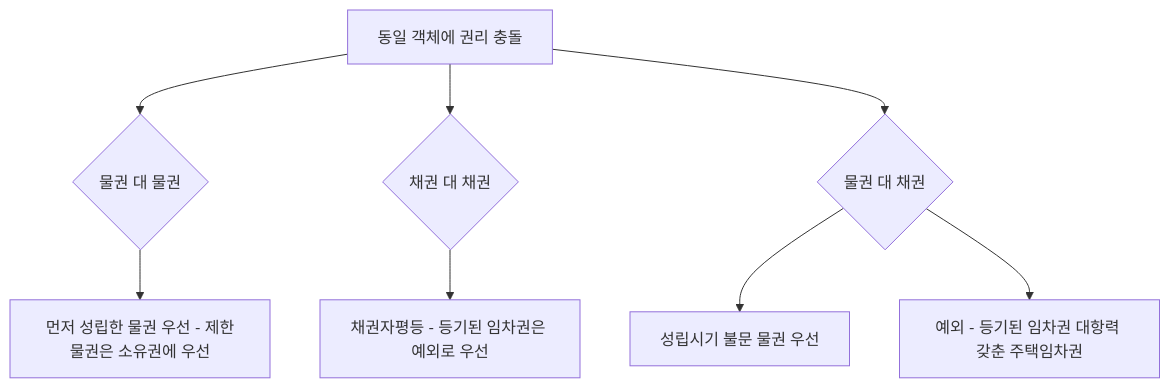
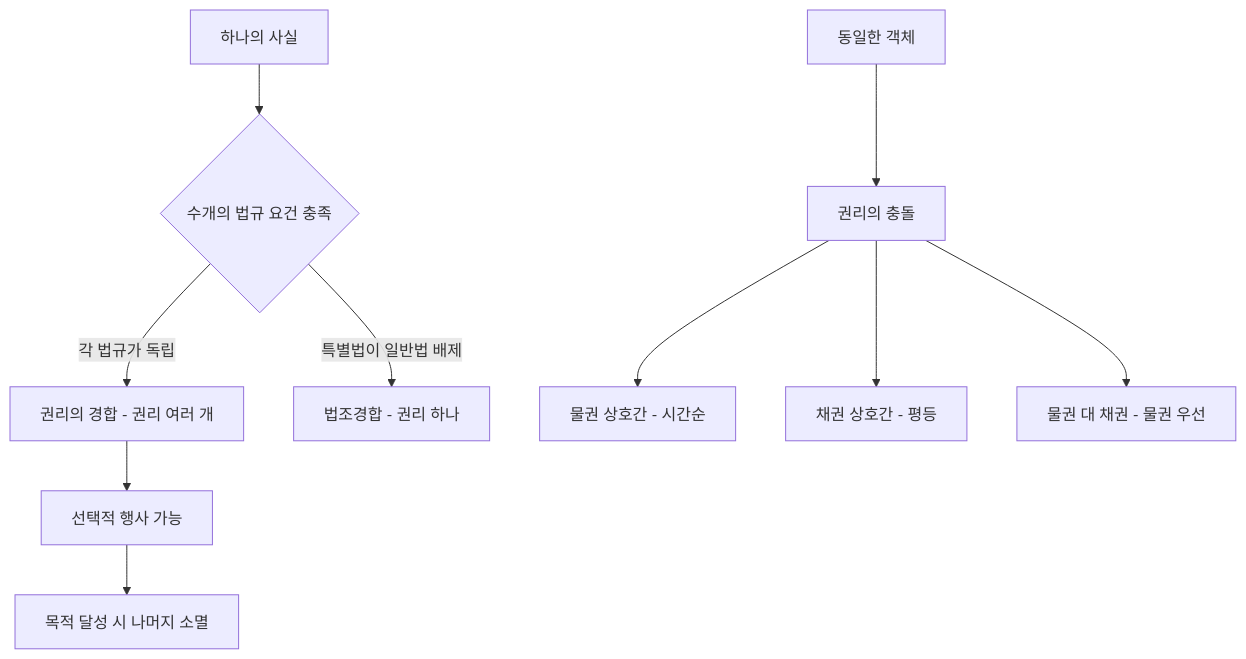
The seventh of 7 diagrams in viewer/public/data/study/civil/units/M01.md (jihorag/-), drawn with Mermaid before and after one commit. The commit also changed other lines of this file and 6 other files, not shown here.

````diff
--- a/viewer/public/data/study/civil/units/M01.md
+++ b/viewer/public/data/study/civil/units/M01.md
@@ -1763,10 +3238,12 @@
 ```mermaid
 graph TD
-  A[동일 객체에 권리 충돌] --> B{물권 대 물권}
-  A --> C{채권 대 채권}
-  A --> D{물권 대 채권}
-  B --> B1[먼저 성립한 물권 우선 - 제한물권은 소유권에 우선]
-  C --> C1[채권자평등 - 등기된 임차권은 예외로 우선]
-  D --> D1[성립시기 불문 물권 우선]
-  D --> D2[예외 - 등기된 임차권 대항력 갖춘 주택임차권]
+  A[하나의 사실] --> B{수개의 법규 요건 충족}
+  B -- 각 법규가 독립 --> C[권리의 경합 - 권리 여러 개]
+  B -- 특별법이 일반법 배제 --> D[법조경합 - 권리 하나]
+  C --> E[선택적 행사 가능]
+  E --> F[목적 달성 시 나머지 소멸]
+  G[동일한 객체] --> H[권리의 충돌]
+  H --> I[물권 상호간 - 시간순]
+  H --> J[채권 상호간 - 평등]
+  H --> K[물권 대 채권 - 물권 우선]
 ```
````
